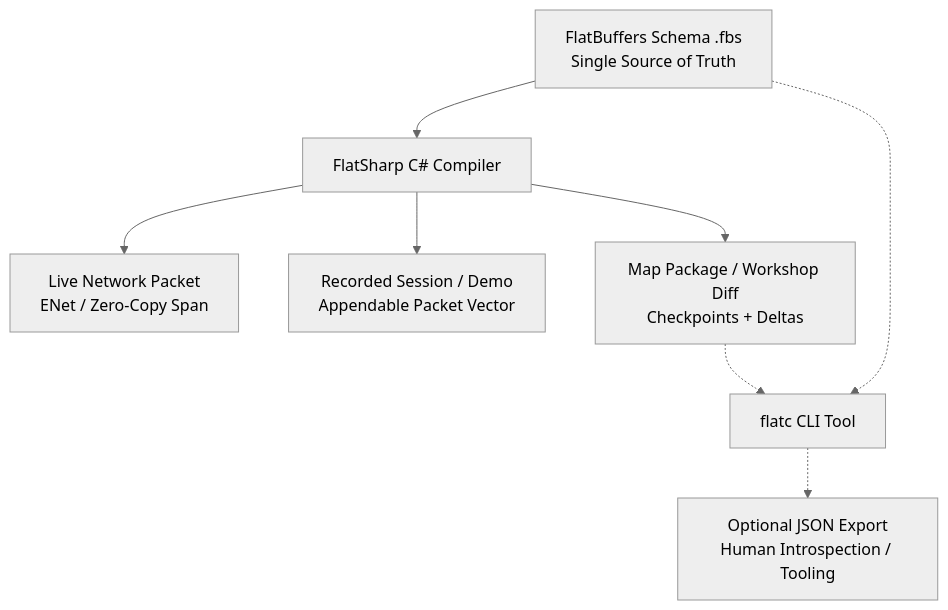
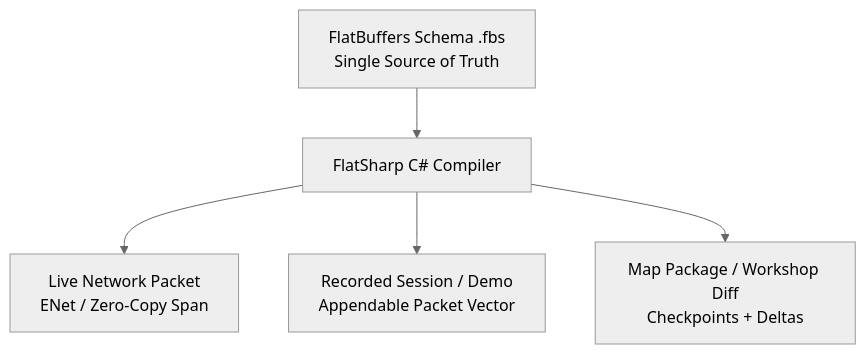
One commit to Fohlen/sauerbraten-revival changed the first of 4 diagrams in docs/adr/0008-reference-based-maps.md. Above: the diagram before and after it, drawn with Mermaid (neutral theme). The commit also changed other lines of this file and 1 other file, not shown here.

Commit message:
Remove flatc tooling support plans for now

````diff
--- a/docs/adr/0008-reference-based-maps.md
+++ b/docs/adr/0008-reference-based-maps.md
@@ -41,12 +41,8 @@
 ```mermaid
 graph TD
     FBS[FlatBuffers Schema .fbs<br>Single Source of Truth] --> FlatSharp[FlatSharp C# Compiler]
     
     FlatSharp --> Wire[Live Network Packet<br>ENet / Zero-Copy Span]
     FlatSharp --> Rec[Recorded Session / Demo<br>Appendable Packet Vector]
     FlatSharp --> MapPkg[Map Package / Workshop Diff<br>Checkpoints + Deltas]
-    
-    FBS -.-> flatc[flatc CLI Tool]
-    MapPkg -.-> flatc
-    flatc -.-> JSON[Optional JSON Export<br>Human Introspection / Tooling]
 ```
````
